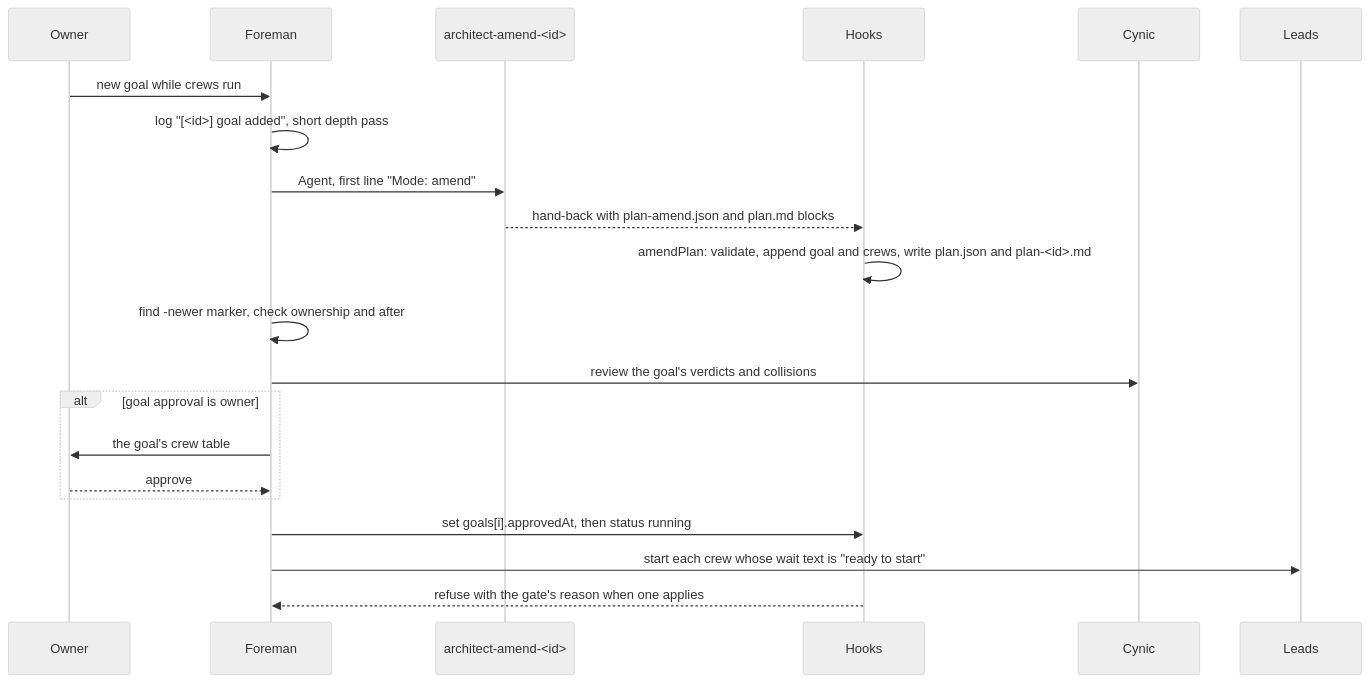
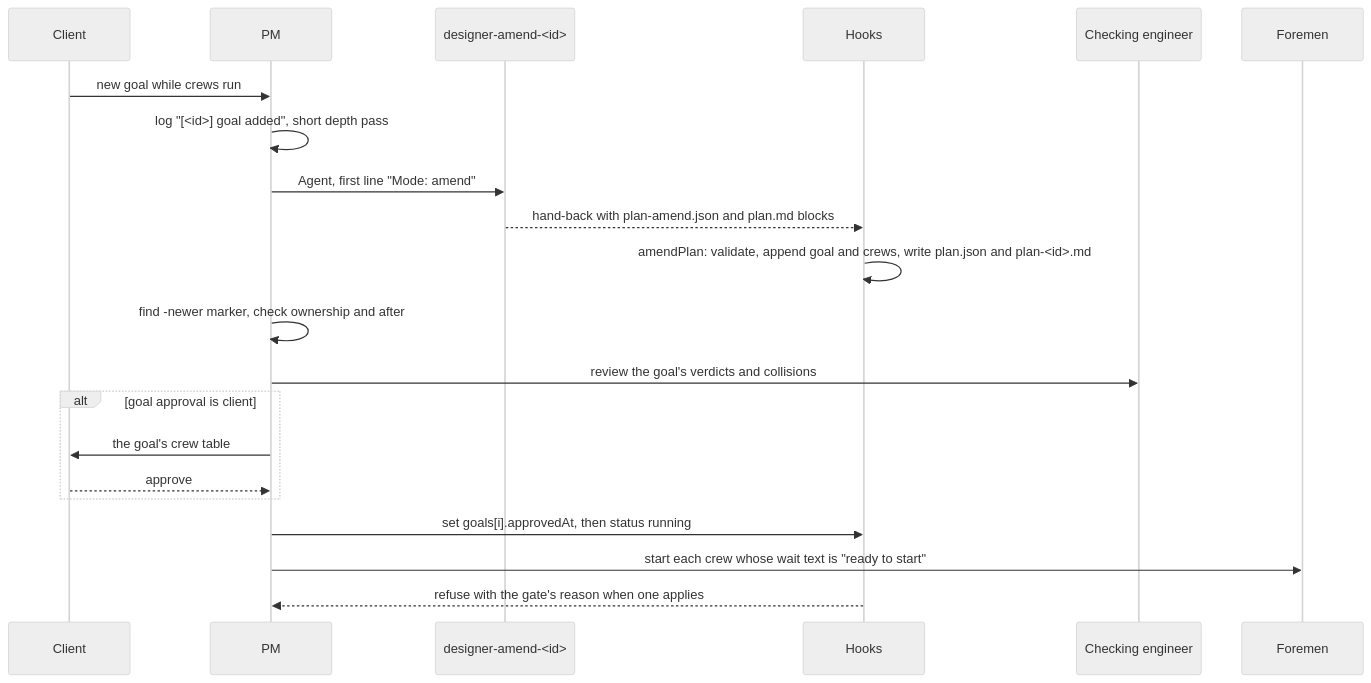
One commit to AbhiramDwivedi/truss changed the second of 2 diagrams in docs/adr/0010-mid-run-intake.md. Above: the diagram before and after it, drawn with Mermaid (neutral theme). The commit also changed other lines of this file and 61 other files, not shown here.

````diff
--- a/docs/adr/0010-mid-run-intake.md
+++ b/docs/adr/0010-mid-run-intake.md
@@ -169,23 +169,23 @@
 ```mermaid
 sequenceDiagram
-  participant O as Owner
-  participant F as Foreman
-  participant A as architect-amend-<id>
+  participant O as Client
+  participant F as PM
+  participant A as designer-amend-<id>
   participant H as Hooks
-  participant C as Cynic
-  participant L as Leads
+  participant C as Checking engineer
+  participant L as Foremen
   O->>F: new goal while crews run
   F->>F: log "[<id>] goal added", short depth pass
   F->>A: Agent, first line "Mode: amend"
   A-->>H: hand-back with plan-amend.json and plan.md blocks
   H->>H: amendPlan: validate, append goal and crews, write plan.json and plan-<id>.md
   F->>F: find -newer marker, check ownership and after
   F->>C: review the goal's verdicts and collisions
-  alt goal approval is owner
+  alt goal approval is client
     F->>O: the goal's crew table
     O-->>F: approve
   end
   F->>H: set goals[i].approvedAt, then status running
   F->>L: start each crew whose wait text is "ready to start"
   H-->>F: refuse with the gate's reason when one applies
 ```
````
